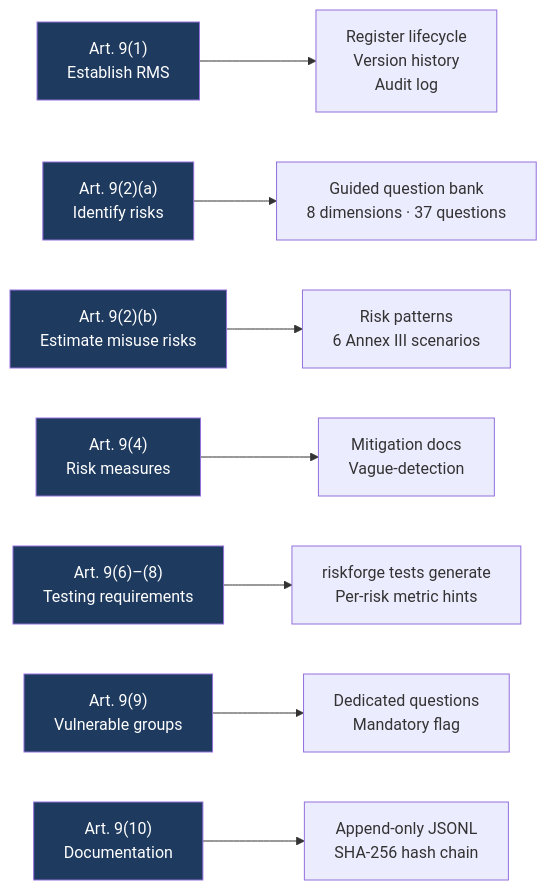
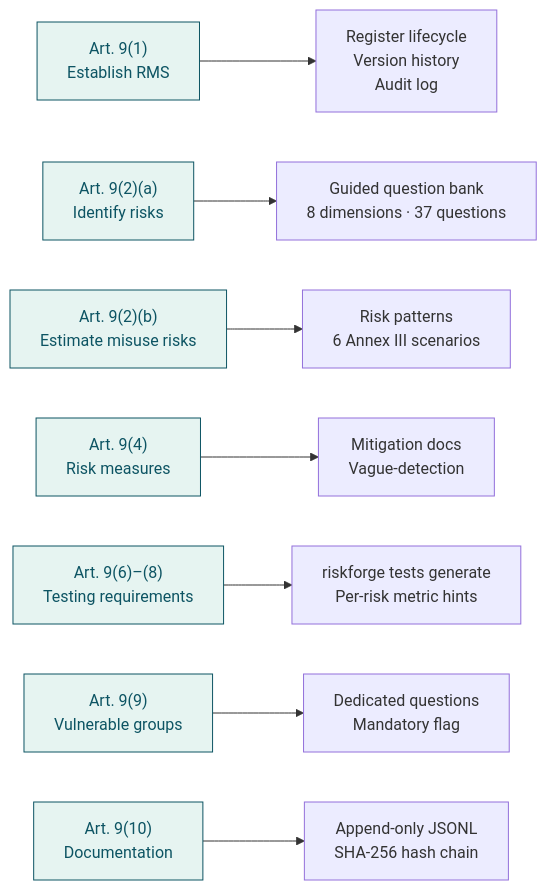
Before and after one commit to aiexponent/riskforge: the third of 3 diagrams in README.md, drawn with Mermaid. The commit also changed other lines of this file, not shown here.

````diff
--- a/README.md
+++ b/README.md
@@ -182,18 +207,18 @@
 ```mermaid
 graph LR
     A9_1["Art. 9(1)<br/>Establish RMS"] --> REG["Register lifecycle<br/>Version history<br/>Audit log"]
     A9_2a["Art. 9(2)(a)<br/>Identify risks"] --> QB["Guided question bank<br/>8 dimensions · 37 questions"]
     A9_2b["Art. 9(2)(b)<br/>Estimate misuse risks"] --> PAT["Risk patterns<br/>6 Annex III scenarios"]
     A9_4["Art. 9(4)<br/>Risk measures"] --> MIT["Mitigation docs<br/>Vague-detection"]
     A9_6_8["Art. 9(6)–(8)<br/>Testing requirements"] --> TEST["riskforge tests generate<br/>Per-risk metric hints"]
     A9_9["Art. 9(9)<br/>Vulnerable groups"] --> VG["Dedicated questions<br/>Mandatory flag"]
     A9_10["Art. 9(10)<br/>Documentation"] --> AUD["Append-only JSONL<br/>SHA-256 hash chain"]
 
-    style A9_1 fill:#1e3a5f,color:#fff
-    style A9_2a fill:#1e3a5f,color:#fff
-    style A9_2b fill:#1e3a5f,color:#fff
-    style A9_4 fill:#1e3a5f,color:#fff
-    style A9_6_8 fill:#1e3a5f,color:#fff
-    style A9_9 fill:#1e3a5f,color:#fff
-    style A9_10 fill:#1e3a5f,color:#fff
+    style A9_1 fill:#E6F4F1,stroke:#0D5463,color:#0D5463
+    style A9_2a fill:#E6F4F1,stroke:#0D5463,color:#0D5463
+    style A9_2b fill:#E6F4F1,stroke:#0D5463,color:#0D5463
+    style A9_4 fill:#E6F4F1,stroke:#0D5463,color:#0D5463
+    style A9_6_8 fill:#E6F4F1,stroke:#0D5463,color:#0D5463
+    style A9_9 fill:#E6F4F1,stroke:#0D5463,color:#0D5463
+    style A9_10 fill:#E6F4F1,stroke:#0D5463,color:#0D5463
 ```
````
